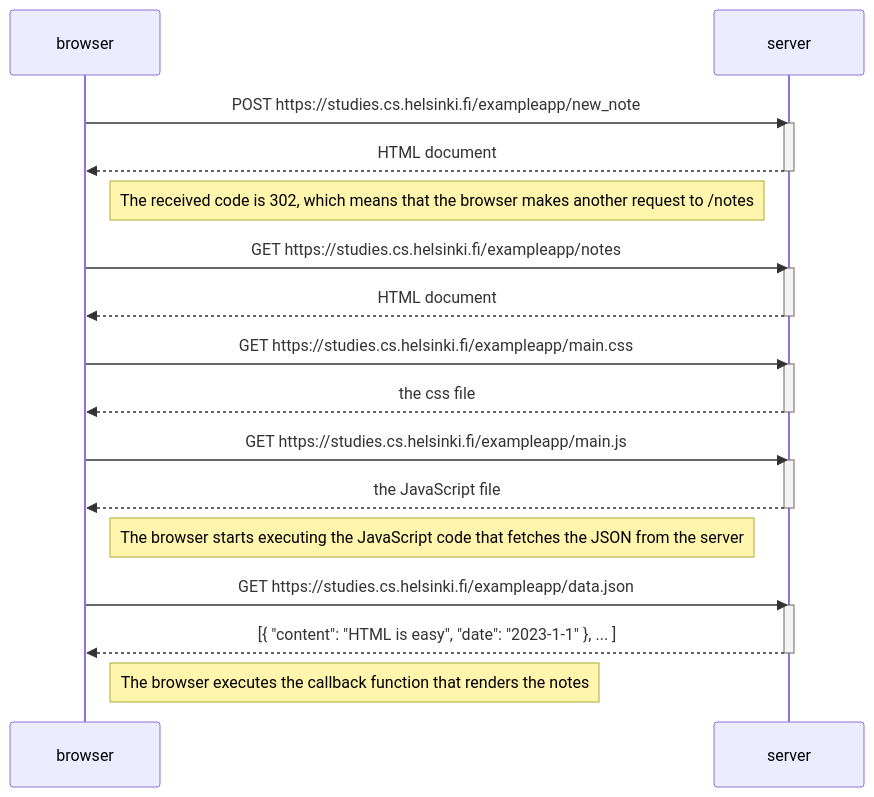
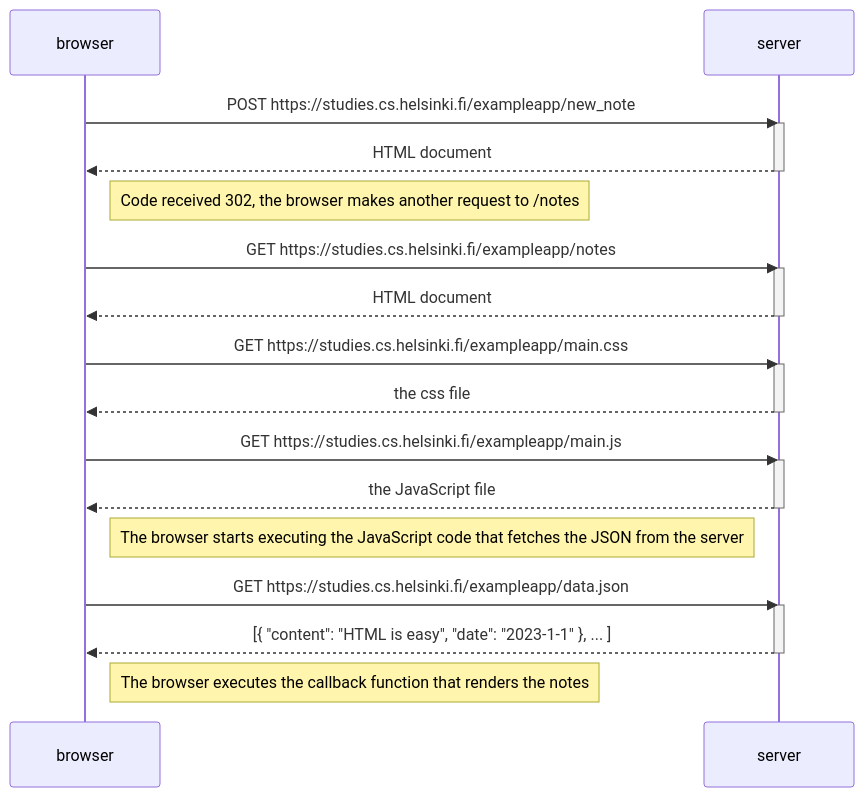
One commit to cesar2007/full-stack-open changed the second of 2 diagrams in part 0/0.4_diagram.md. Above: the diagram before and after it, drawn with Mermaid.

Commit message:
fixed preview

````diff
--- a/part 0/0.4_diagram.md
+++ b/part 0/0.4_diagram.md
@@ -36,36 +36,36 @@
 ```mermaid
 sequenceDiagram
     participant browser
     participant server
 
     browser->>server: POST https://studies.cs.helsinki.fi/exampleapp/new_note
     activate server
     server-->>browser: HTML document
     deactivate server
 
-    Note right of browser: The received code is 302, which means that the browser makes another request to /notes
+    Note right of browser: Code received 302, the browser makes another request to /notes
 
     browser->>server: GET https://studies.cs.helsinki.fi/exampleapp/notes
     activate server
     server-->>browser: HTML document
     deactivate server
 
     browser->>server: GET https://studies.cs.helsinki.fi/exampleapp/main.css
     activate server
     server-->>browser: the css file
     deactivate server
 
     browser->>server: GET https://studies.cs.helsinki.fi/exampleapp/main.js
     activate server
     server-->>browser: the JavaScript file
     deactivate server
 
     Note right of browser: The browser starts executing the JavaScript code that fetches the JSON from the server
 
     browser->>server: GET https://studies.cs.helsinki.fi/exampleapp/data.json
     activate server
     server-->>browser: [{ "content": "HTML is easy", "date": "2023-1-1" }, ... ]
     deactivate server
 
     Note right of browser: The browser executes the callback function that renders the notes
 ```
````
